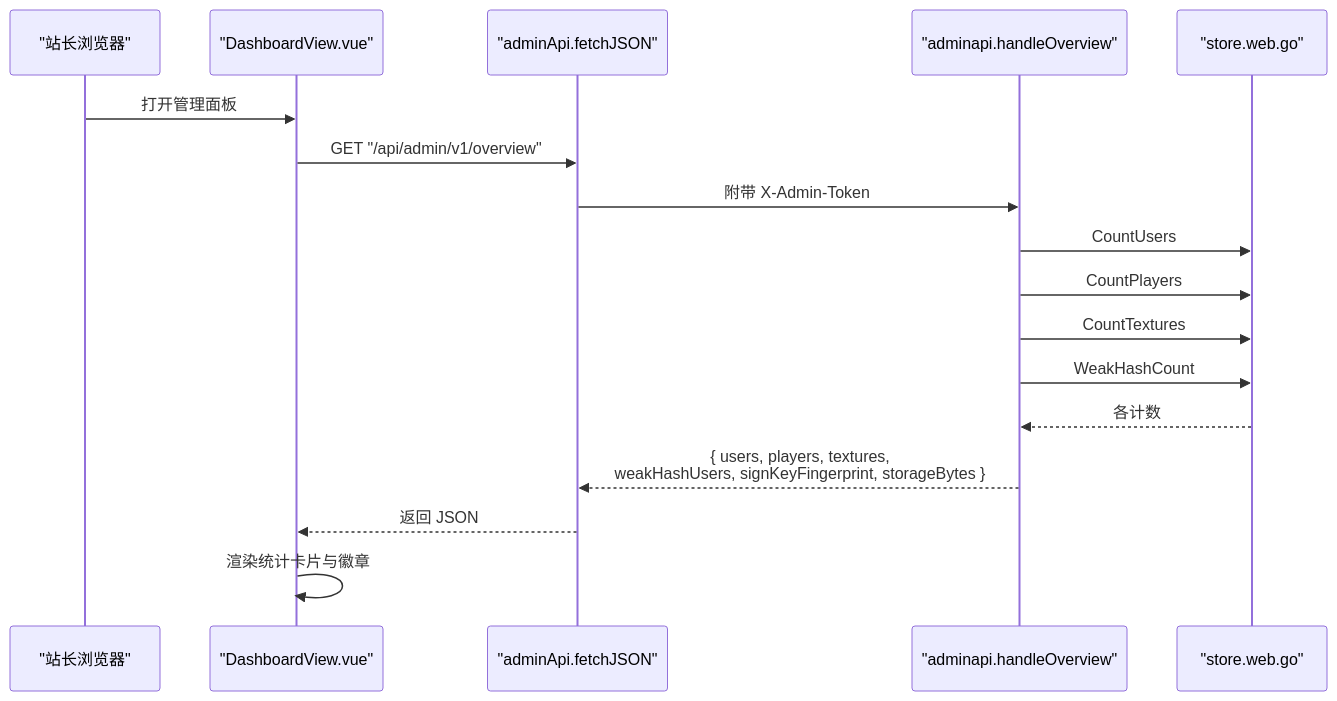
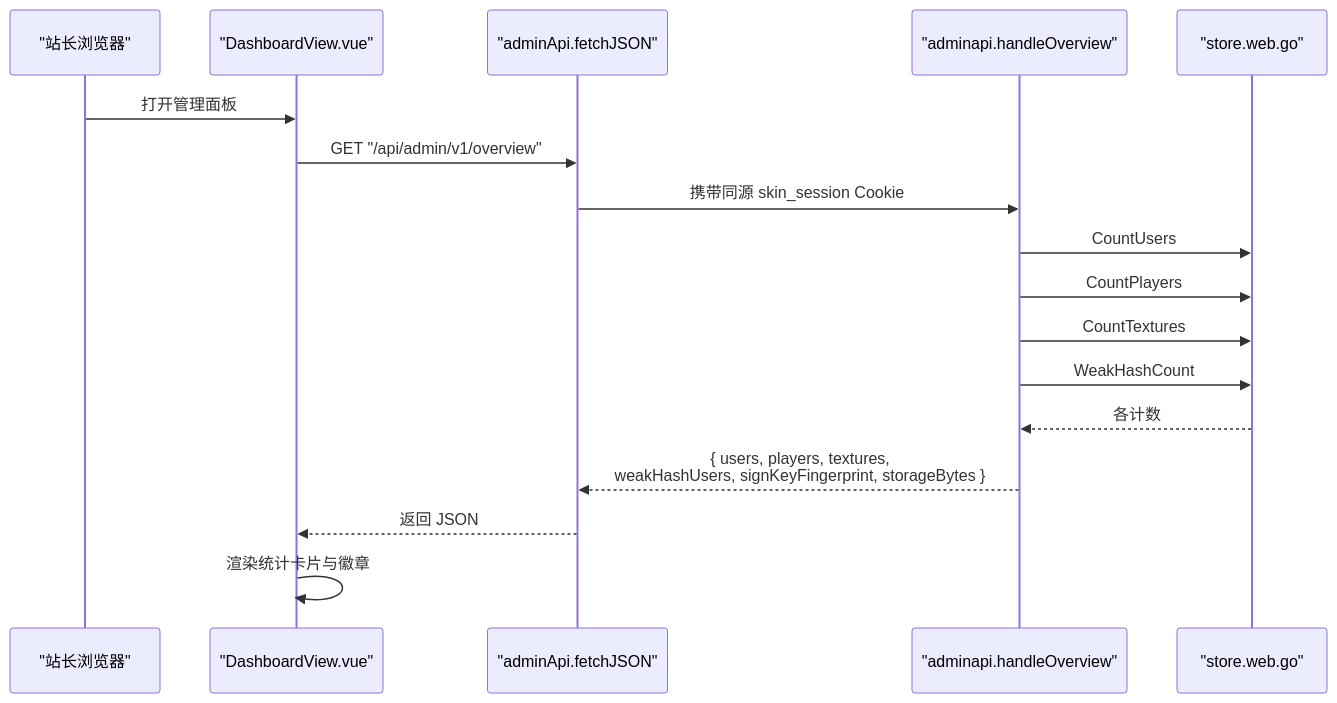
The second of 4 diagrams in docs/handbook/仪表盘.md (YimingZhanshen/skin-nexus), drawn with Mermaid before and after one commit. The commit also changed other lines of this file and 24 other files, not shown here.

````diff
--- a/docs/handbook/仪表盘.md
+++ b/docs/handbook/仪表盘.md
@@ -126,20 +127,20 @@
 ```mermaid
 sequenceDiagram
     participant U as "站长浏览器"
     participant DV as "DashboardView.vue"
     participant AA as "adminApi.fetchJSON"
     participant AM as "adminapi.handleOverview"
     participant ST as "store.web.go"
 
     U->>DV: 打开管理面板
     DV->>AA: GET "/api/admin/v1/overview"
-    AA->>AM: 附带 X-Admin-Token
+    AA->>AM: 携带同源 skin_session Cookie
     AM->>ST: CountUsers
     AM->>ST: CountPlayers
     AM->>ST: CountTextures
     AM->>ST: WeakHashCount
     ST-->>AM: 各计数
     AM-->>AA: { users, players, textures,<br/>weakHashUsers, signKeyFingerprint, storageBytes }
     AA-->>DV: 返回 JSON
     DV->>DV: 渲染统计卡片与徽章
 ```
````
